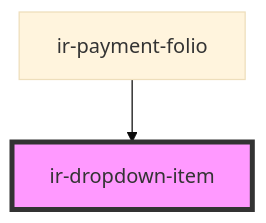
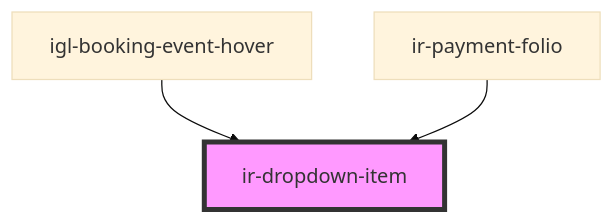
Before and after one commit to RonyRizk/ir-webcmp: the diagram in src/components/ui/ir-dropdown-item/readme.md, drawn with Mermaid (base theme). The commit also changed other lines of this file and 38 other files, not shown here.

````diff
--- a/src/components/ui/ir-dropdown-item/readme.md
+++ b/src/components/ui/ir-dropdown-item/readme.md
@@ -69,5 +70,6 @@
 ```mermaid
 graph TD;
+  igl-booking-event-hover --> ir-dropdown-item
   ir-payment-folio --> ir-dropdown-item
   style ir-dropdown-item fill:#f9f,stroke:#333,stroke-width:4px
 ```
````
